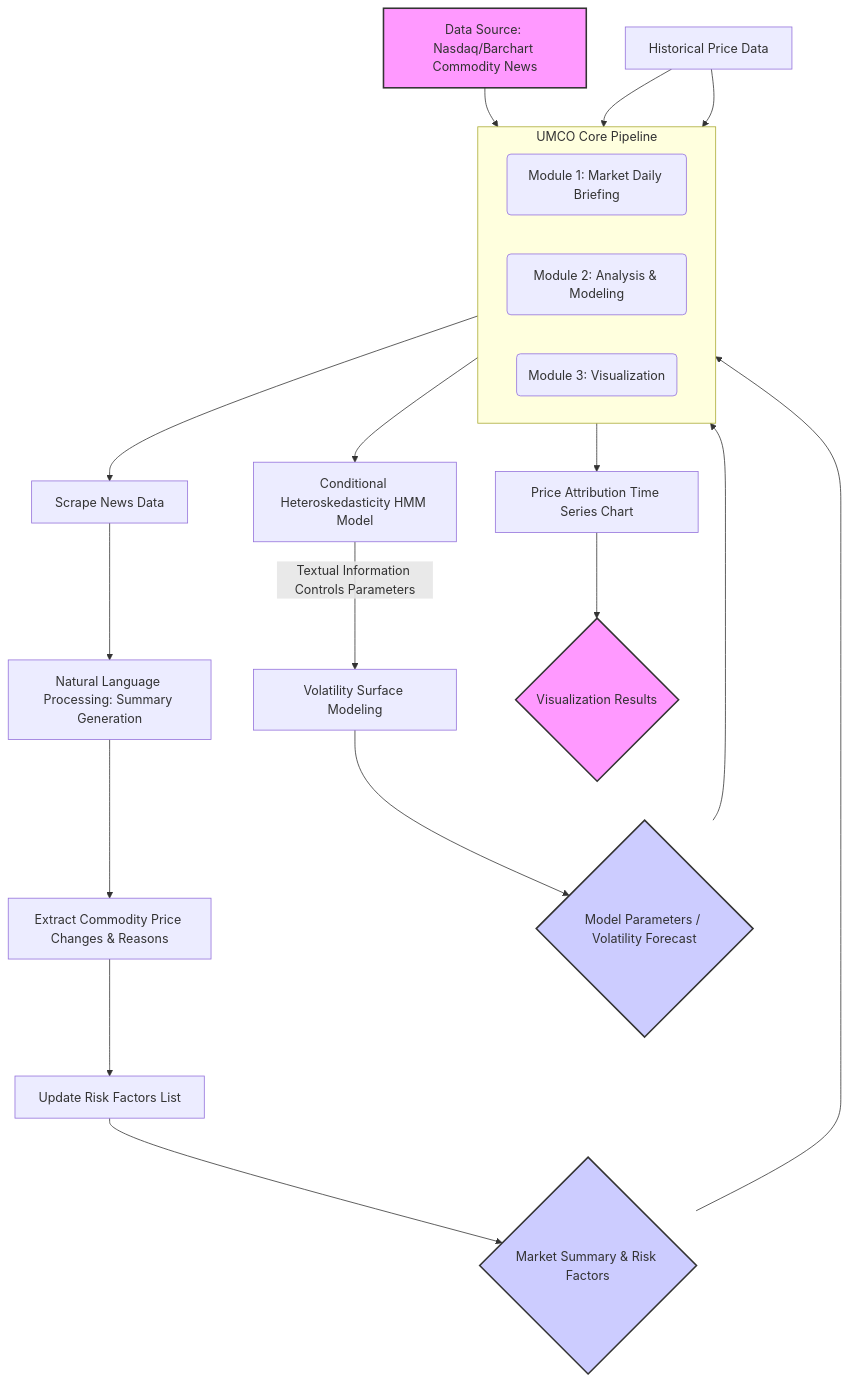
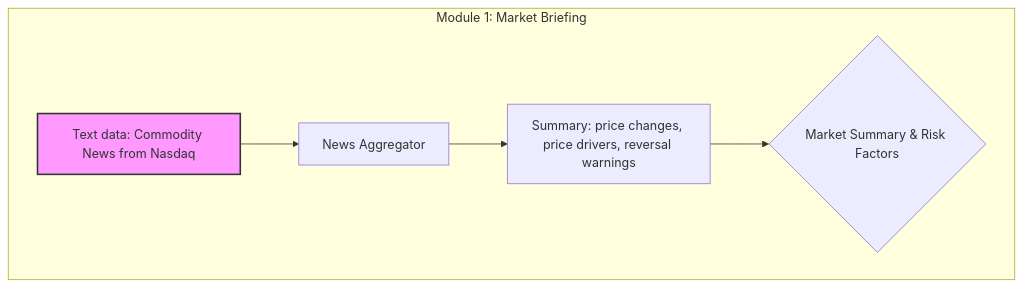
Before and after one commit to juwyang/UMCO: the first of 2 diagrams in docs/index.md, drawn with Mermaid. The commit also changed other lines of this file and 1 other file, not shown here.

```diff
--- a/docs/index.md
+++ b/docs/index.md
@@ -16,32 +20,12 @@
 <div class="mermaid">
 graph TD
-    A[Data Source: Nasdaq/Barchart Commodity News] --> B(Module 1: Market Daily Briefing);
-    B --> B1[Scrape News Data];
-    B1 --> B2[Natural Language Processing: Summary Generation];
-    B2 --> B3[Extract Commodity Price Changes & Reasons];
-    B3 --> B4[Update Risk Factors List];
-    B4 --> C{Market Summary & Risk Factors};
-
-    C --> D(Module 2: Analysis & Modeling);
-    E[Historical Price Data] --> D;
-    D --> D1[Conditional Heteroskedasticity HMM Model];
-    D1 -- Textual Information Controls Parameters --> D2[Volatility Surface Modeling];
-    D2 --> F{Model Parameters / Volatility Forecast};
-
-    F --> G(Module 3: Visualization);
-    E --> G;
-    G --> G1[Price Attribution Time Series Chart];
-    G1 --> H{Visualization Results};
-
-    subgraph UMCO Core Pipeline
+    subgraph module1 [Module 1: Market Briefing]
         direction LR
-        B
-        D
-        G
+        A[Text data: Commodity News from Nasdaq] --> B1[News Aggregator]
+        B1 --> B2[Summary: price changes, price drivers, reversal warnings]    
+        B2 --> C_OUT{Market Summary & Risk Factors}
     end
-
+  
+    %% Styling %%
     style A fill:#f9f,stroke:#333,stroke-width:2px
-    style H fill:#f9f,stroke:#333,stroke-width:2px
-    style C fill:#ccf,stroke:#333,stroke-width:2px
-    style F fill:#ccf,stroke:#333,stroke-width:2px
 </div>
```
